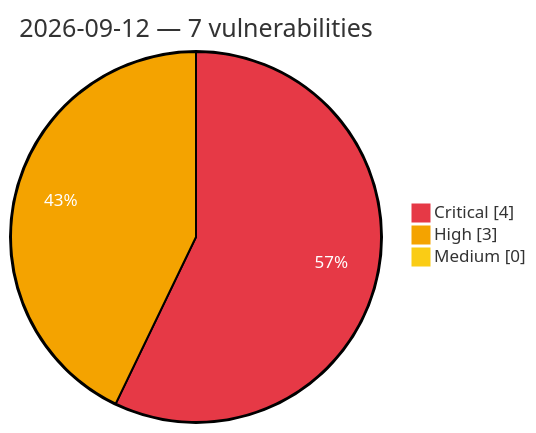
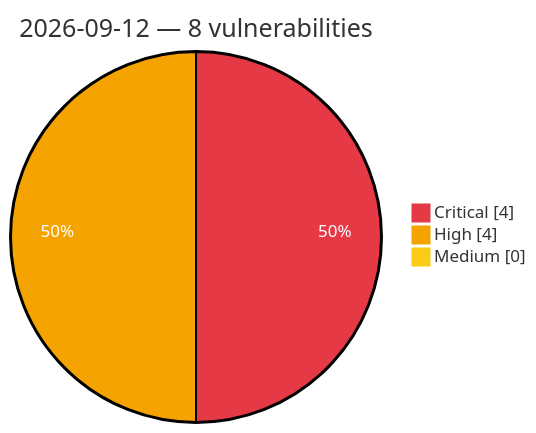
The diagram in vulnerabilities/2026/September/2026-09-12.md (GhostX0X/vuln-tracker), drawn with Mermaid before and after one commit. The commit also changed other lines of this file and 5 other files, not shown here.

````diff
--- a/vulnerabilities/2026/September/2026-09-12.md
+++ b/vulnerabilities/2026/September/2026-09-12.md
@@ -3,8 +3,8 @@
 ```mermaid
 %%{init: {'theme':'base', 'themeVariables': {'pie1':'#e63946', 'pie2':'#f4a300', 'pie3':'#facc15', 'pieOpacity':'1', 'pieOuterStrokeWidth':'2px', 'pieSectionTextColor':'#ffffff'}}}%%
 pie showData
-    title 2026-09-12 — 7 vulnerabilities
+    title 2026-09-12 — 8 vulnerabilities
     "Critical" : 4
-    "High" : 3
+    "High" : 4
     "Medium" : 0
 ```
````
